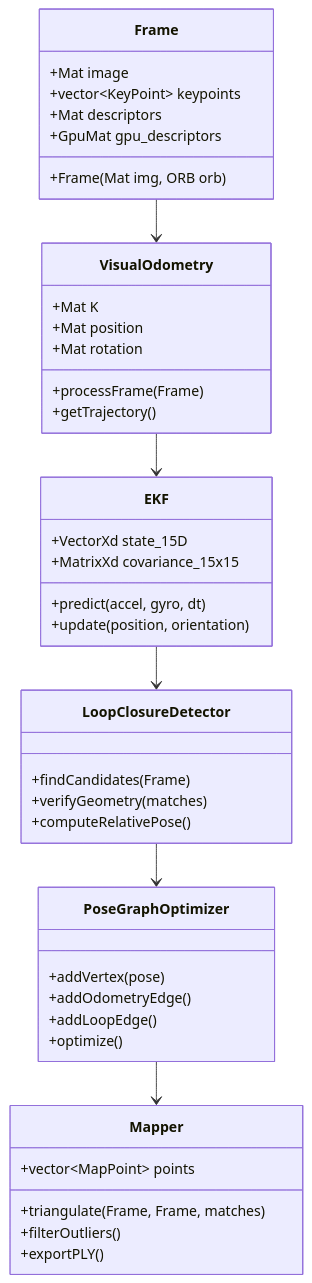
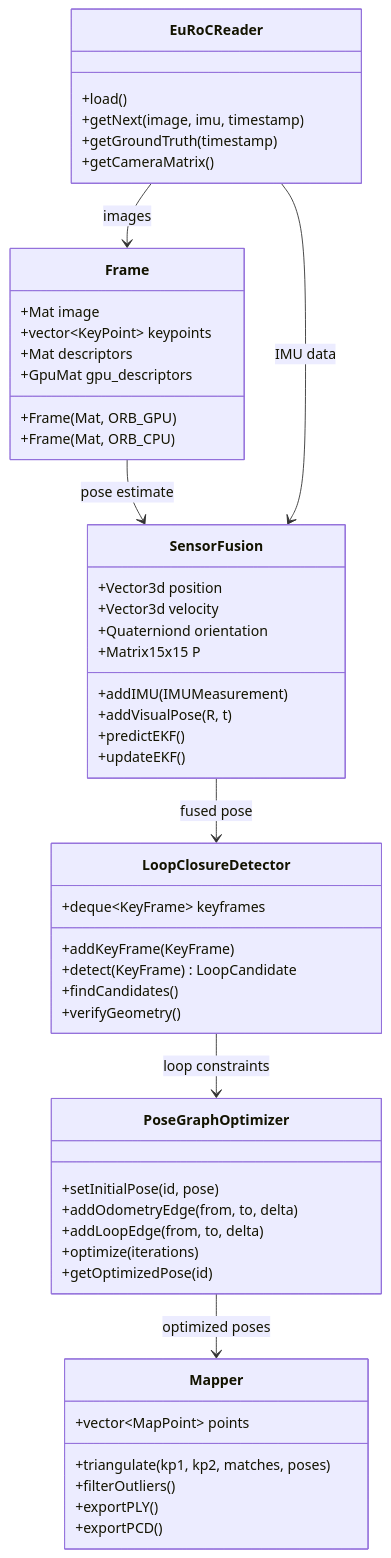
The fifth of 11 diagrams in README.md (robertteleng/aria-slam), drawn with Mermaid before and after one commit. The commit also changed other lines of this file, not shown here.

````diff
--- a/README.md
+++ b/README.md
@@ -267,51 +273,60 @@
 ```mermaid
 classDiagram
     class Frame {
         +Mat image
         +vector~KeyPoint~ keypoints
         +Mat descriptors
         +GpuMat gpu_descriptors
-        +Frame(Mat img, ORB orb)
+        +Frame(Mat, ORB_GPU)
+        +Frame(Mat, ORB_CPU)
     }
 
-    class VisualOdometry {
-        +Mat K
-        +Mat position
-        +Mat rotation
-        +processFrame(Frame)
-        +getTrajectory()
-    }
-
-    class EKF {
-        +VectorXd state_15D
-        +MatrixXd covariance_15x15
-        +predict(accel, gyro, dt)
-        +update(position, orientation)
+    class SensorFusion {
+        +Vector3d position
+        +Vector3d velocity
+        +Quaterniond orientation
+        +Matrix15x15 P
+        +addIMU(IMUMeasurement)
+        +addVisualPose(R, t)
+        +predictEKF()
+        +updateEKF()
     }
 
     class LoopClosureDetector {
-        +findCandidates(Frame)
-        +verifyGeometry(matches)
-        +computeRelativePose()
+        +deque~KeyFrame~ keyframes
+        +addKeyFrame(KeyFrame)
+        +detect(KeyFrame) LoopCandidate
+        +findCandidates()
+        +verifyGeometry()
     }
 
     class PoseGraphOptimizer {
-        +addVertex(pose)
-        +addOdometryEdge()
-        +addLoopEdge()
-        +optimize()
+        +setInitialPose(id, pose)
+        +addOdometryEdge(from, to, delta)
+        +addLoopEdge(from, to, delta)
+        +optimize(iterations)
+        +getOptimizedPose(id)
     }
 
     class Mapper {
         +vector~MapPoint~ points
-        +triangulate(Frame, Frame, matches)
+        +triangulate(kp1, kp2, matches, poses)
         +filterOutliers()
         +exportPLY()
+        +exportPCD()
     }
 
-    Frame --> VisualOdometry
-    VisualOdometry --> EKF
-    EKF --> LoopClosureDetector
-    LoopClosureDetector --> PoseGraphOptimizer
-    PoseGraphOptimizer --> Mapper
+    class EuRoCReader {
+        +load()
+        +getNext(image, imu, timestamp)
+        +getGroundTruth(timestamp)
+        +getCameraMatrix()
+    }
+
+    Frame --> SensorFusion : pose estimate
+    SensorFusion --> LoopClosureDetector : fused pose
+    LoopClosureDetector --> PoseGraphOptimizer : loop constraints
+    PoseGraphOptimizer --> Mapper : optimized poses
+    EuRoCReader --> Frame : images
+    EuRoCReader --> SensorFusion : IMU data
 ```
````
